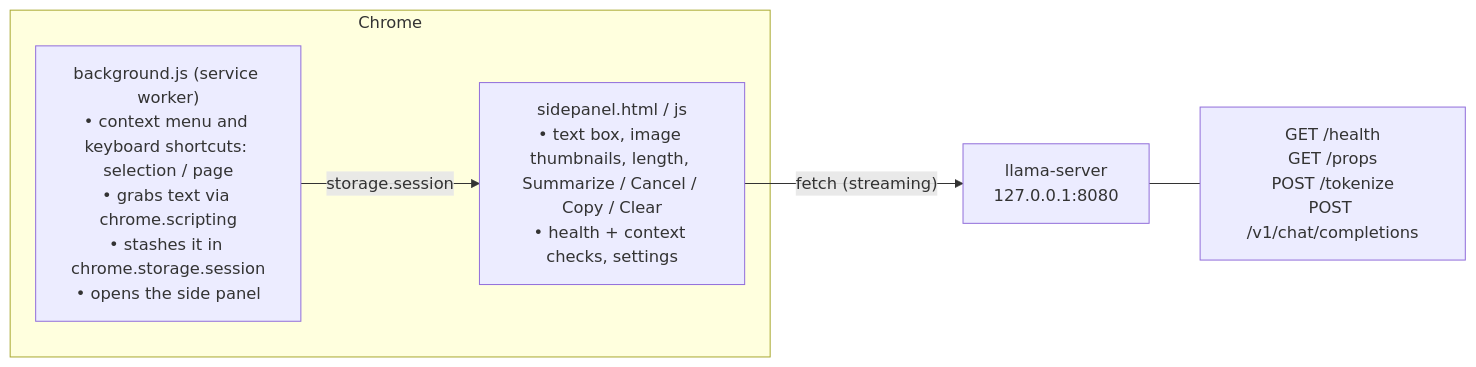
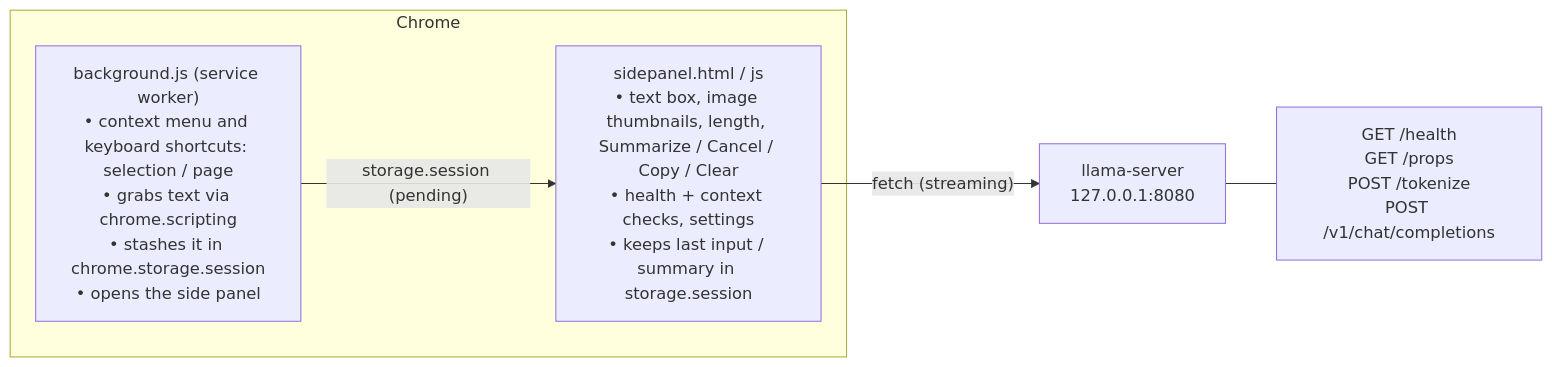
The first of 3 diagrams in README.md (SeanLangre/quick-summarize), drawn with Mermaid before and after one commit. The commit also changed other lines of this file, not shown here.

Commit message:
Update README to clarify side panel functionality and error handling for image limits

````diff
--- a/README.md
+++ b/README.md
@@ -69,10 +69,10 @@
 ```mermaid
 flowchart LR
     subgraph Chrome
         BG["background.js (service worker)<br/>• context menu and keyboard shortcuts: selection / page<br/>• grabs text via chrome.scripting<br/>• stashes it in chrome.storage.session<br/>• opens the side panel"]
-        SP["sidepanel.html / js<br/>• text box, image thumbnails, length, Summarize / Cancel / Copy / Clear<br/>• health + context checks, settings"]
-        BG -- "storage.session" --> SP
+        SP["sidepanel.html / js<br/>• text box, image thumbnails, length, Summarize / Cancel / Copy / Clear<br/>• health + context checks, settings<br/>• keeps last input / summary in storage.session"]
+        BG -- "storage.session (pending)" --> SP
     end
     SP -- "fetch (streaming)" --> LS["llama-server<br/>127.0.0.1:8080"]
     LS --- E["GET /health<br/>GET /props<br/>POST /tokenize<br/>POST /v1/chat/completions"]
 ```
````
